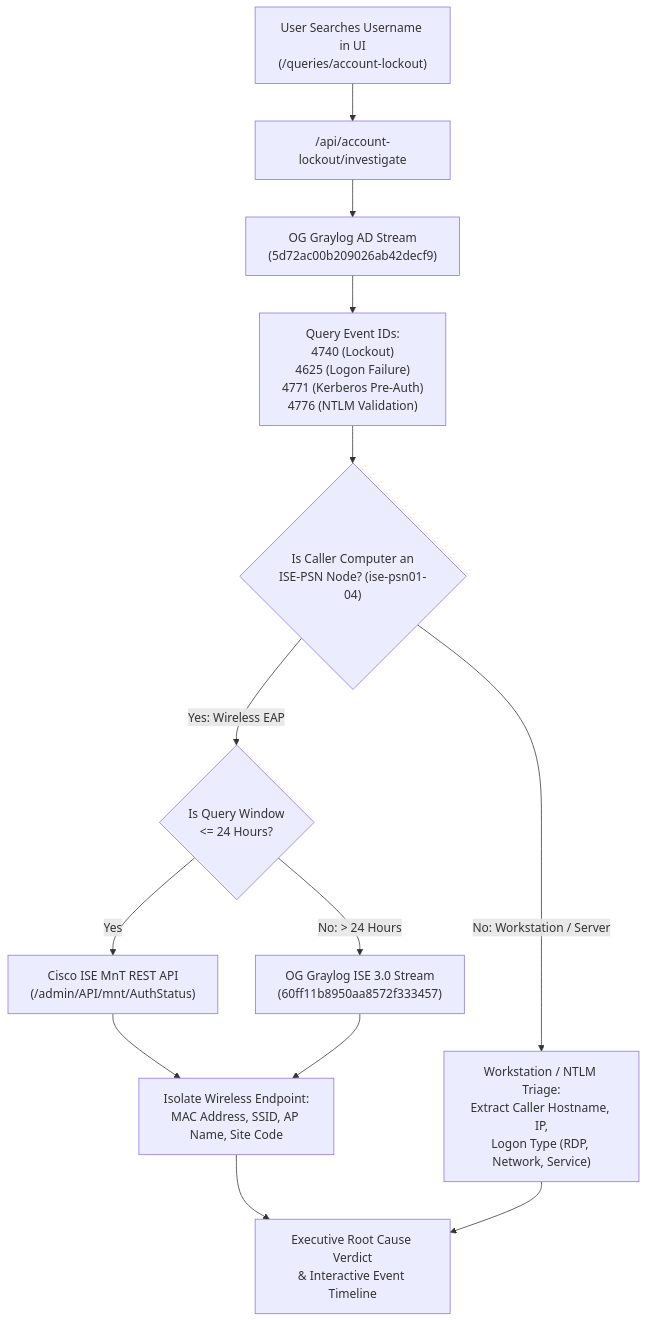
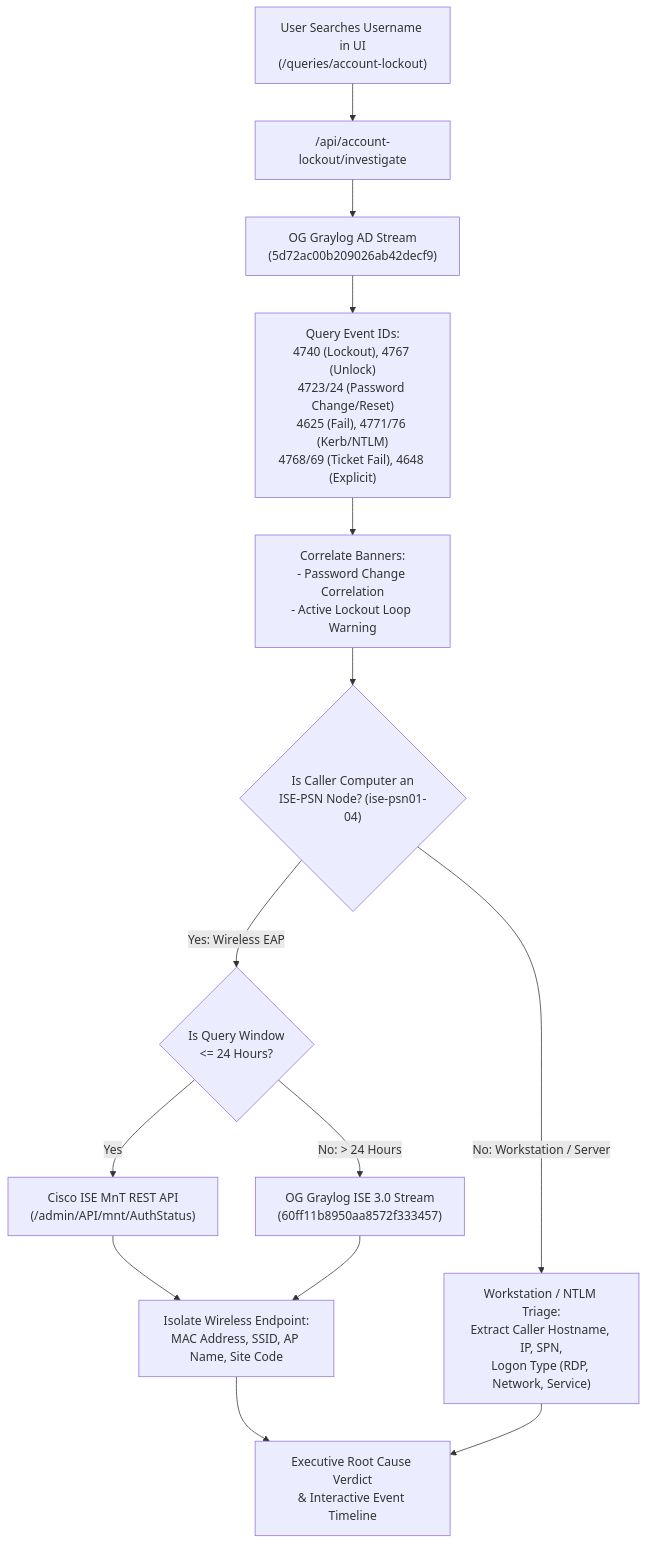
The diagram in docs/account-lockout.md (cawfehman/pane-o-glass), drawn with Mermaid before and after one commit. The commit also changed other lines of this file, not shown here.

Commit message:
docs(account-lockout): update mermaid diagram and forensic inspection details in help reference

````diff
--- a/docs/account-lockout.md
+++ b/docs/account-lockout.md
@@ -9,20 +9,21 @@
 ```mermaid
 flowchart TD
     UserQuery["User Searches Username in UI\n(/queries/account-lockout)"] --> API["/api/account-lockout/investigate"]
     API --> GraylogAD["OG Graylog AD Stream\n(5d72ac00b209026ab42decf9)"]
-    GraylogAD --> Events["Query Event IDs:\n4740 (Lockout)\n4625 (Logon Failure)\n4771 (Kerberos Pre-Auth)\n4776 (NTLM Validation)"]
+    GraylogAD --> Events["Query Event IDs:\n4740 (Lockout), 4767 (Unlock)\n4723/24 (Password Change/Reset)\n4625 (Fail), 4771/76 (Kerb/NTLM)\n4768/69 (Ticket Fail), 4648 (Explicit)"]
     
-    Events --> Triage{"Is Caller Computer an\nISE-PSN Node? (ise-psn01-04)"}
+    Events --> Correlation["Correlate Banners:\n- Password Change Correlation\n- Active Lockout Loop Warning"]
+    Correlation --> Triage{"Is Caller Computer an\nISE-PSN Node? (ise-psn01-04)"}
     
     Triage -->|Yes: Wireless EAP| ISETier{"Is Query Window\n<= 24 Hours?"}
     ISETier -->|Yes| ISEMnt["Cisco ISE MnT REST API\n(/admin/API/mnt/AuthStatus)"]
     ISETier -->|No: > 24 Hours| GraylogISE["OG Graylog ISE 3.0 Stream\n(60ff11b8950aa8572f333457)"]
     
     ISEMnt --> WirelessResult["Isolate Wireless Endpoint:\nMAC Address, SSID, AP Name, Site Code"]
     GraylogISE --> WirelessResult
     
-    Triage -->|No: Workstation / Server| HostTriage["Workstation / NTLM Triage:\nExtract Caller Hostname, IP,\nLogon Type (RDP, Network, Service)"]
+    Triage -->|No: Workstation / Server| HostTriage["Workstation / NTLM Triage:\nExtract Caller Hostname, IP, SPN,\nLogon Type (RDP, Network, Service)"]
     
     WirelessResult --> Verdict["Executive Root Cause Verdict\n& Interactive Event Timeline"]
     HostTriage --> Verdict
 ```
````
